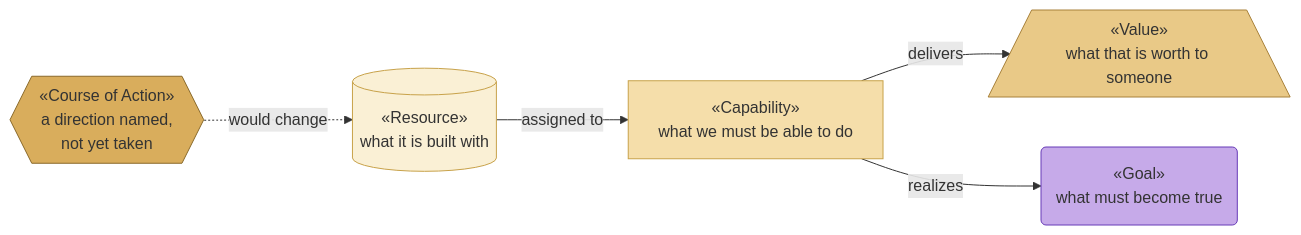
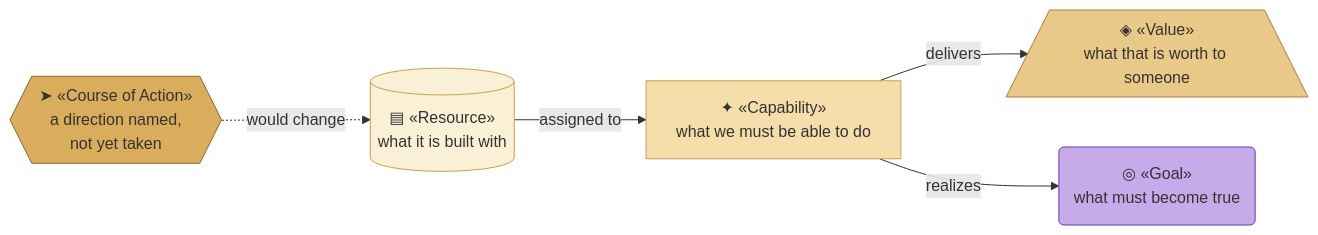
The first of 6 diagrams in organization/docs/ea/1_strategy/2_capabilities-and-resources.md (roanboc/architecture-archreator), drawn with Mermaid before and after one commit. The commit also changed other lines of this file and 7 other files, not shown here.

````diff
--- a/organization/docs/ea/1_strategy/2_capabilities-and-resources.md
+++ b/organization/docs/ea/1_strategy/2_capabilities-and-resources.md
@@ -12,19 +12,19 @@
 ```mermaid
 flowchart LR
-  res[("«Resource»<br>what it is built with")]:::resource
-  cap["«Capability»<br>what we must be able to do"]:::capability
-  val[/"«Value»<br>what that is worth to someone"\]:::value
-  coa{{"«Course of Action»<br>a direction named,<br>not yet taken"}}:::action
-  g("«Goal»<br>what must become true"):::goal
+  res[("▤ «Resource»<br>what it is built with")]:::resource
+  cap["✦ «Capability»<br>what we must be able to do"]:::capability
+  val[/"◈ «Value»<br>what that is worth to someone"\]:::value
+  coa{{"➤ «Course of Action»<br>a direction named,<br>not yet taken"}}:::action
+  g("◎ «Goal»<br>what must become true"):::goal
 
   res -->|assigned to| cap
   cap -->|delivers| val
   cap -->|realizes| g
   coa -.->|would change| res
 
   classDef resource fill:#faf0d5,stroke:#c8a24a,color:#333
   classDef capability fill:#f5deaa,stroke:#c8a24a,color:#333
   classDef value fill:#e9c987,stroke:#a8813a,color:#333
   classDef action fill:#d9ad5c,stroke:#8a6a2a,color:#333
   classDef goal fill:#c6aae9,stroke:#673ab7,color:#333
 ```
````
